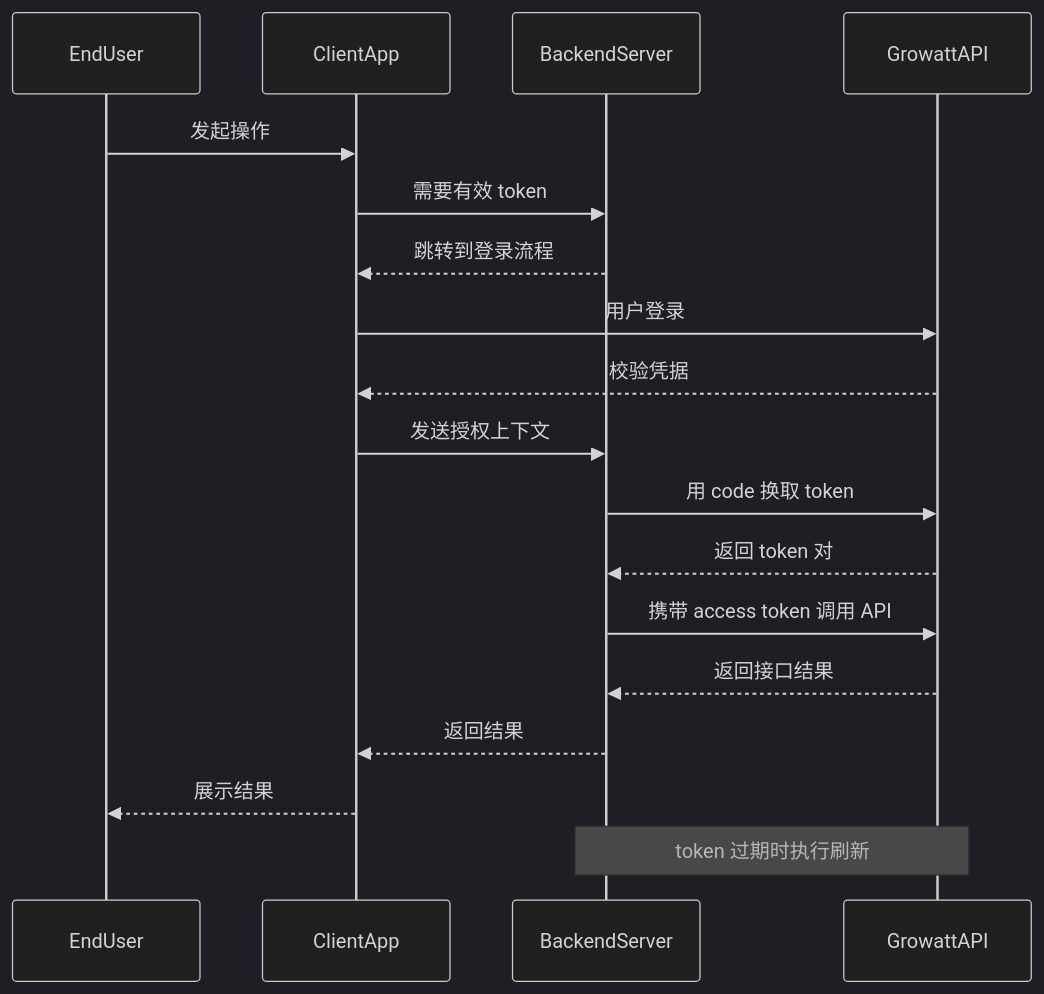
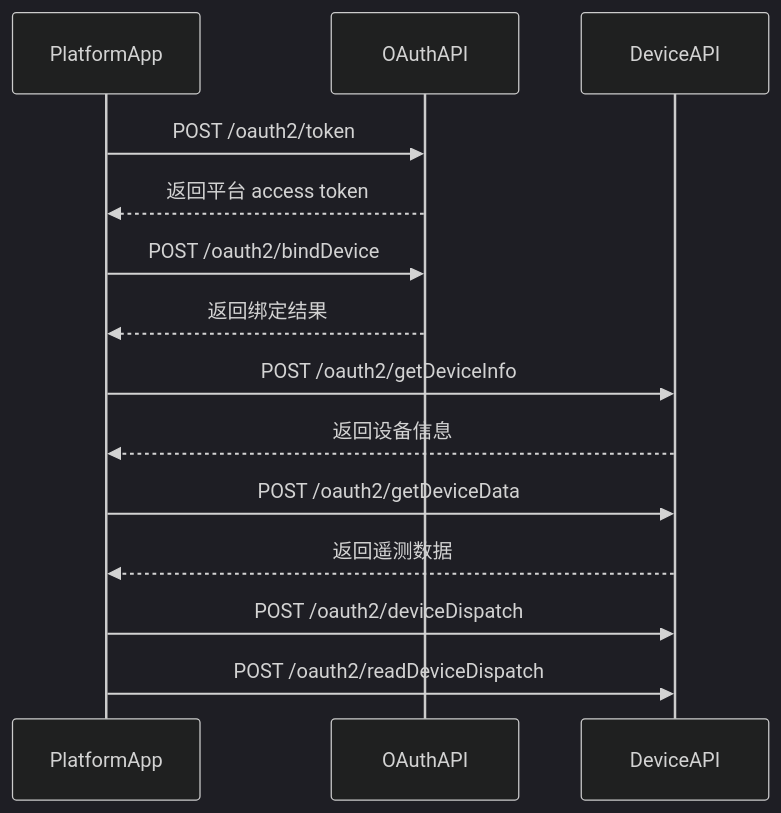
The second of 2 diagrams in Growatt API/OPENAPI.zh-CN/01_authentication.md (EugeneJian/growatt-unified-api), drawn with Mermaid (dark theme) before and after one commit. The commit also changed other lines of this file and 26 other files, not shown here.

````diff
--- a/Growatt API/OPENAPI.zh-CN/01_authentication.md
+++ b/Growatt API/OPENAPI.zh-CN/01_authentication.md
@@ -92,23 +107,18 @@
 ```mermaid
 %% 本代码严格遵循AI生成Mermaid代码的终极准则v4.1（Mermaid终极大师）
 sequenceDiagram
-    participant User as EndUser
-    participant App as ClientApp
-    participant Server as BackendServer
-    participant Growatt as GrowattAPI
+    participant Platform as PlatformApp
+    participant OAuth as OAuthAPI
+    participant Device as DeviceAPI
 
-    User->>App: 发起操作
-    App->>Server: 需要有效 token
-    Server-->>App: 跳转到登录流程
-    App->>Growatt: 用户登录
-    Growatt-->>App: 校验凭据
-    App->>Server: 发送授权上下文
-    Server->>Growatt: 用 code 换取 token
-    Growatt-->>Server: 返回 token 对
-    Server->>Growatt: 携带 access token 调用 API
-    Growatt-->>Server: 返回接口结果
-    Server-->>App: 返回结果
-    App-->>User: 展示结果
-
-    Note over Server,Growatt: token 过期时执行刷新
+    Platform->>OAuth: POST /oauth2/token
+    OAuth-->>Platform: 返回平台 access token
+    Platform->>OAuth: POST /oauth2/bindDevice
+    OAuth-->>Platform: 返回绑定结果
+    Platform->>Device: POST /oauth2/getDeviceInfo
+    Device-->>Platform: 返回设备信息
+    Platform->>Device: POST /oauth2/getDeviceData
+    Device-->>Platform: 返回遥测数据
+    Platform->>Device: POST /oauth2/deviceDispatch
+    Platform->>Device: POST /oauth2/readDeviceDispatch
 ```
````
